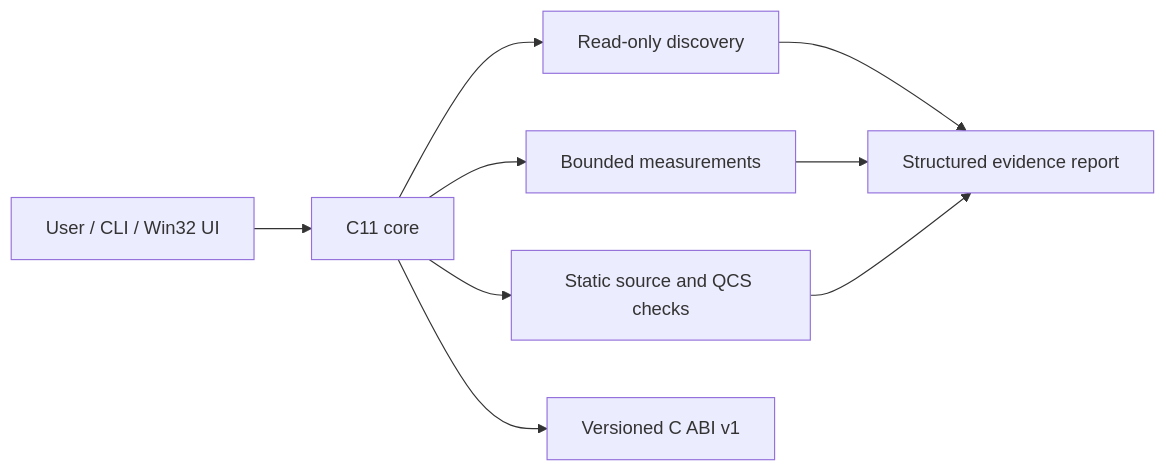
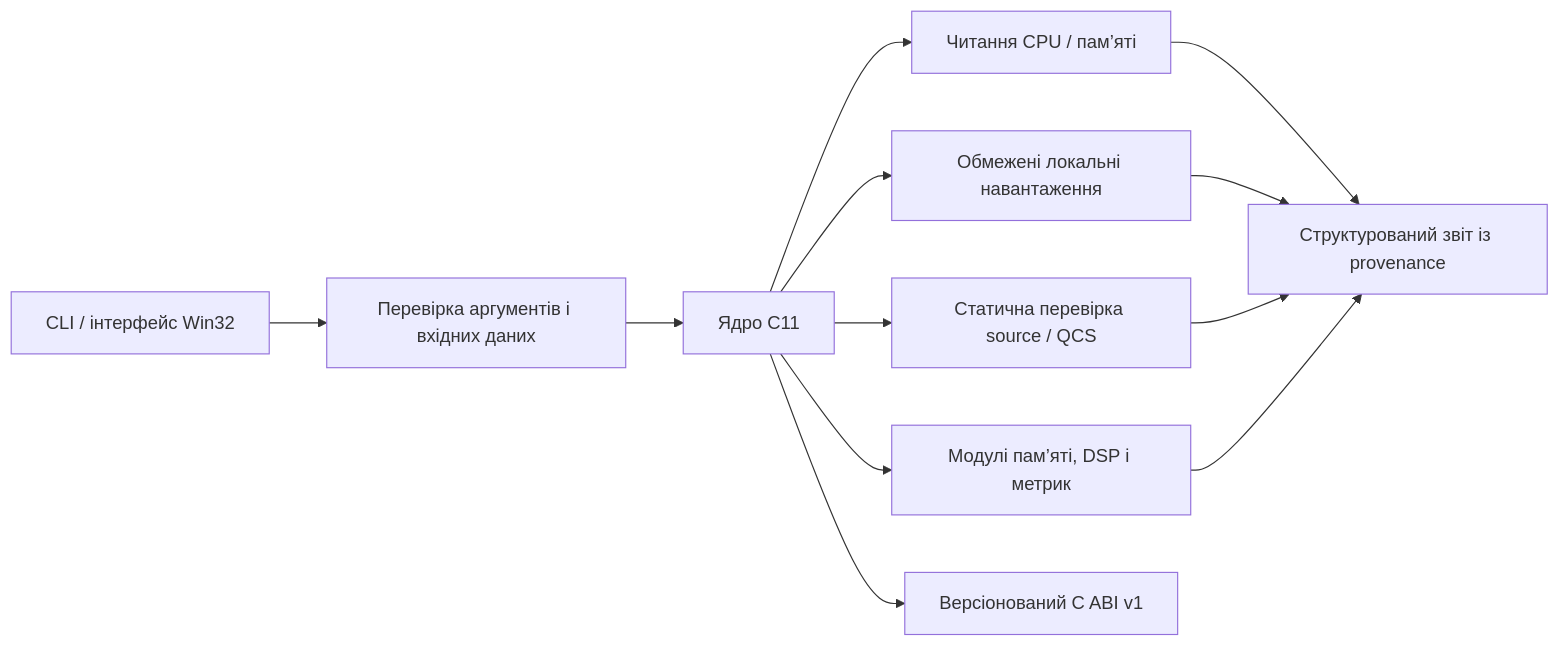
The diagram in README.uk.md (Ivan-VHS/Pytyliki), drawn with Mermaid before and after one commit. The commit also changed other lines of this file, not shown here.

```diff
--- a/README.uk.md
+++ b/README.uk.md
@@ -32,11 +40,14 @@
 ~~~mermaid
 flowchart LR
-  U["User / CLI / Win32 UI"] --> C["C11 core"]
-  C --> D["Read-only discovery"]
-  C --> B["Bounded measurements"]
-  C --> S["Static source and QCS checks"]
-  D --> R["Structured evidence report"]
+  U["CLI / інтерфейс Win32"] --> V["Перевірка аргументів і вхідних даних"]
+  V --> C["Ядро C11"]
+  C --> D["Читання CPU / пам’яті"]
+  C --> B["Обмежені локальні навантаження"]
+  C --> S["Статична перевірка source / QCS"]
+  C --> M["Модулі пам’яті, DSP і метрик"]
+  D --> R["Структурований звіт із provenance"]
   B --> R
   S --> R
-  C --> A["Versioned C ABI v1"]
+  M --> R
+  C --> A["Версіонований C ABI v1"]
 ~~~
```
